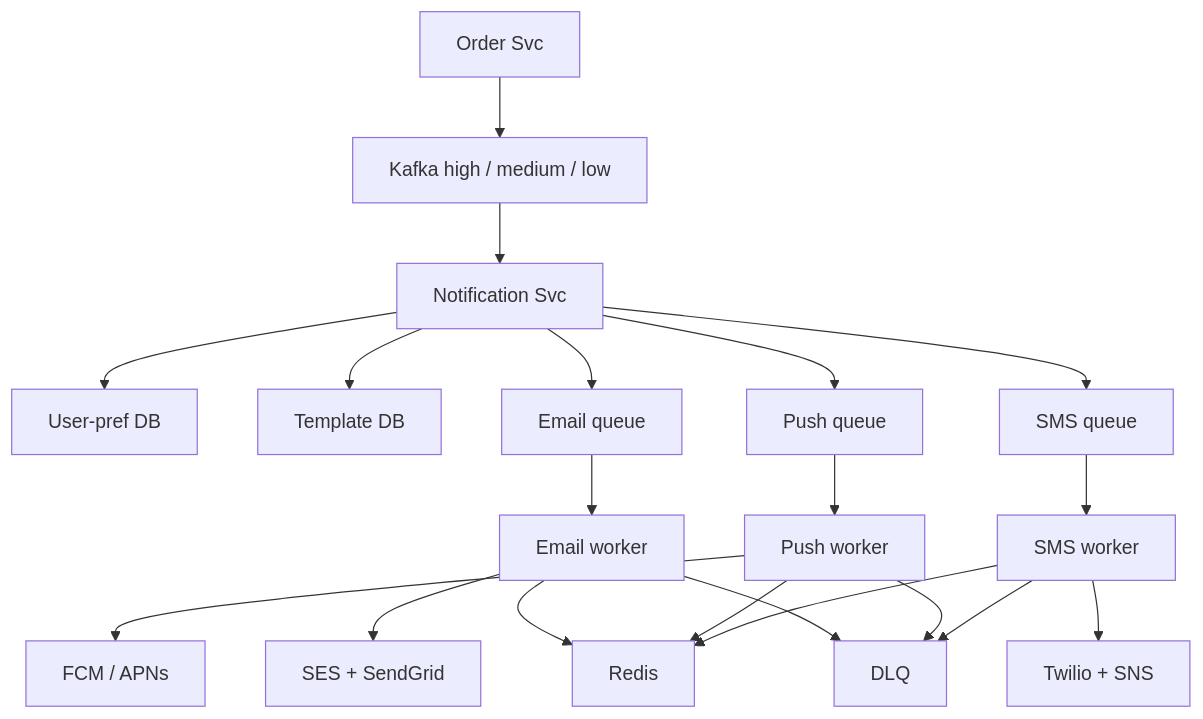
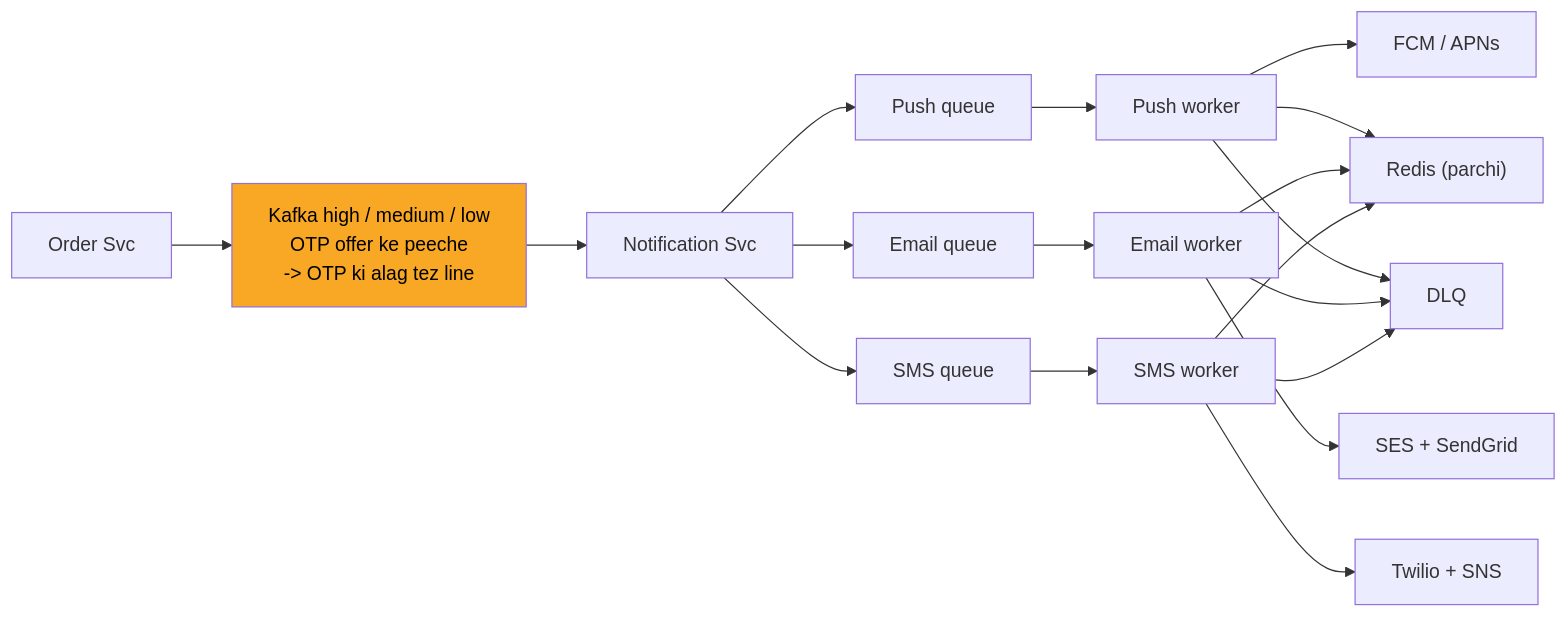
The eighth of 13 diagrams in 04_HLD/SYSTEM_DESIGNS/04_notification_system/04_notification_system.md (ArpanMaheshwari144/Prep), drawn with Mermaid before and after one commit. The commit also changed other lines of this file and 2 other files, not shown here.

Commit message:
notification, payment, file upload: one-day story, short cards, follow-ups with rules, highlighted diagrams

````diff
--- a/04_HLD/SYSTEM_DESIGNS/04_notification_system/04_notification_system.md
+++ b/04_HLD/SYSTEM_DESIGNS/04_notification_system/04_notification_system.md
@@ -435,38 +383,35 @@
 ```mermaid
-flowchart TD
+flowchart LR
     n_Order_Svc["Order Svc"]
-    n_Kafka_high_medium_low["Kafka high / medium / low"]
+    n_Kafka["Kafka high / medium / low<br/>OTP offer ke peeche<br/>-> OTP ki alag tez line"]
     n_Notification_Svc["Notification Svc"]
-    n_User_pref_DB["User-pref DB"]
-    n_Template_DB["Template DB"]
     n_Push_queue["Push queue"]
     n_Push_worker["Push worker"]
     n_FCM_APNs["FCM / APNs"]
     n_Email_queue["Email queue"]
     n_Email_worker["Email worker"]
-    n_SES_SendGrid["SES + SendGrid"]
+    n_SES["SES + SendGrid"]
     n_SMS_queue["SMS queue"]
     n_SMS_worker["SMS worker"]
-    n_Twilio_SNS["Twilio + SNS"]
-    n_Redis["Redis"]
+    n_Twilio["Twilio + SNS"]
+    n_Redis["Redis (parchi)"]
     n_DLQ["DLQ"]
-    n_Order_Svc --> n_Kafka_high_medium_low
-    n_Kafka_high_medium_low --> n_Notification_Svc
-    n_Notification_Svc --> n_User_pref_DB
+    n_Order_Svc --> n_Kafka
+    n_Kafka --> n_Notification_Svc
     n_Notification_Svc --> n_Push_queue
     n_Notification_Svc --> n_Email_queue
     n_Notification_Svc --> n_SMS_queue
-    n_Notification_Svc --> n_Template_DB
     n_Push_queue --> n_Push_worker
     n_Push_worker --> n_FCM_APNs
     n_Email_queue --> n_Email_worker
-    n_Email_worker --> n_SES_SendGrid
+    n_Email_worker --> n_SES
     n_SMS_queue --> n_SMS_worker
-    n_SMS_worker --> n_Twilio_SNS
-    n_SMS_worker --> n_Redis
-    n_SMS_worker --> n_DLQ
+    n_SMS_worker --> n_Twilio
     n_Push_worker --> n_Redis
     n_Email_worker --> n_Redis
+    n_SMS_worker --> n_Redis
     n_Push_worker --> n_DLQ
     n_Email_worker --> n_DLQ
+    n_SMS_worker --> n_DLQ
+    style n_Kafka fill:#f9a825,color:#000
 ```
````
